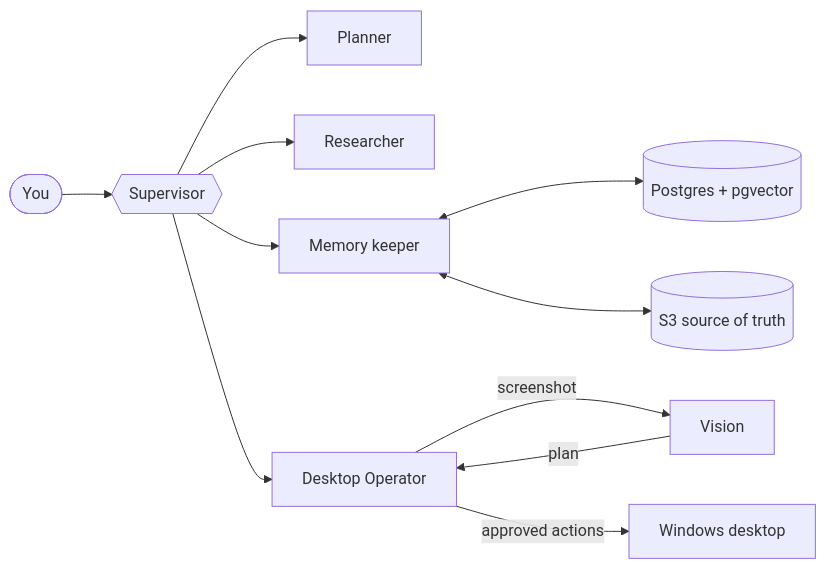
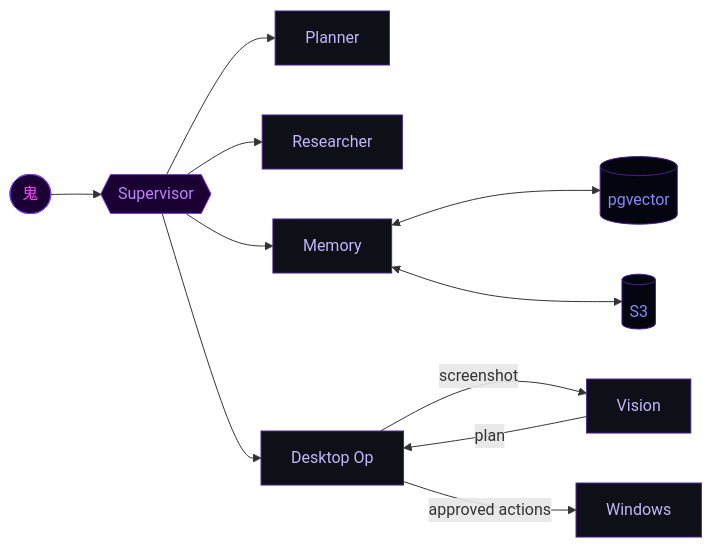
Before and after one commit to 16bitOni/16bitoni: the diagram in README.md, drawn with Mermaid. The commit also changed other lines of this file, not shown here.

````diff
--- a/README.md
+++ b/README.md
@@ -46,13 +86,24 @@
 ```mermaid
 flowchart LR
-    U([You]) --> S{{Supervisor}}
+    style U fill:#1a0033,color:#ff44ff,stroke:#7c3aed
+    style S fill:#1a0033,color:#c084fc,stroke:#7c3aed
+    style P fill:#0d1117,color:#c4b5fd,stroke:#4c1d95
+    style R fill:#0d1117,color:#c4b5fd,stroke:#4c1d95
+    style M fill:#0d1117,color:#c4b5fd,stroke:#4c1d95
+    style D fill:#0d1117,color:#c4b5fd,stroke:#4c1d95
+    style DB fill:#050510,color:#818cf8,stroke:#4c1d95
+    style S3 fill:#050510,color:#818cf8,stroke:#4c1d95
+    style V fill:#0d1117,color:#c4b5fd,stroke:#4c1d95
+    style W fill:#0d1117,color:#c4b5fd,stroke:#4c1d95
+
+    U([鬼]) --> S{{Supervisor}}
     S --> P[Planner]
     S --> R[Researcher]
-    S --> M[Memory keeper]
-    M <--> DB[(Postgres + pgvector)]
-    M <--> S3[(S3 source of truth)]
-    S --> D[Desktop Operator]
+    S --> M[Memory]
+    M <--> DB[(pgvector)]
+    M <--> S3[(S3)]
+    S --> D[Desktop Op]
     D -->|screenshot| V[Vision]
     V -->|plan| D
-    D -->|approved actions| W[Windows desktop]
+    D -->|approved actions| W[Windows]
 ```
````
